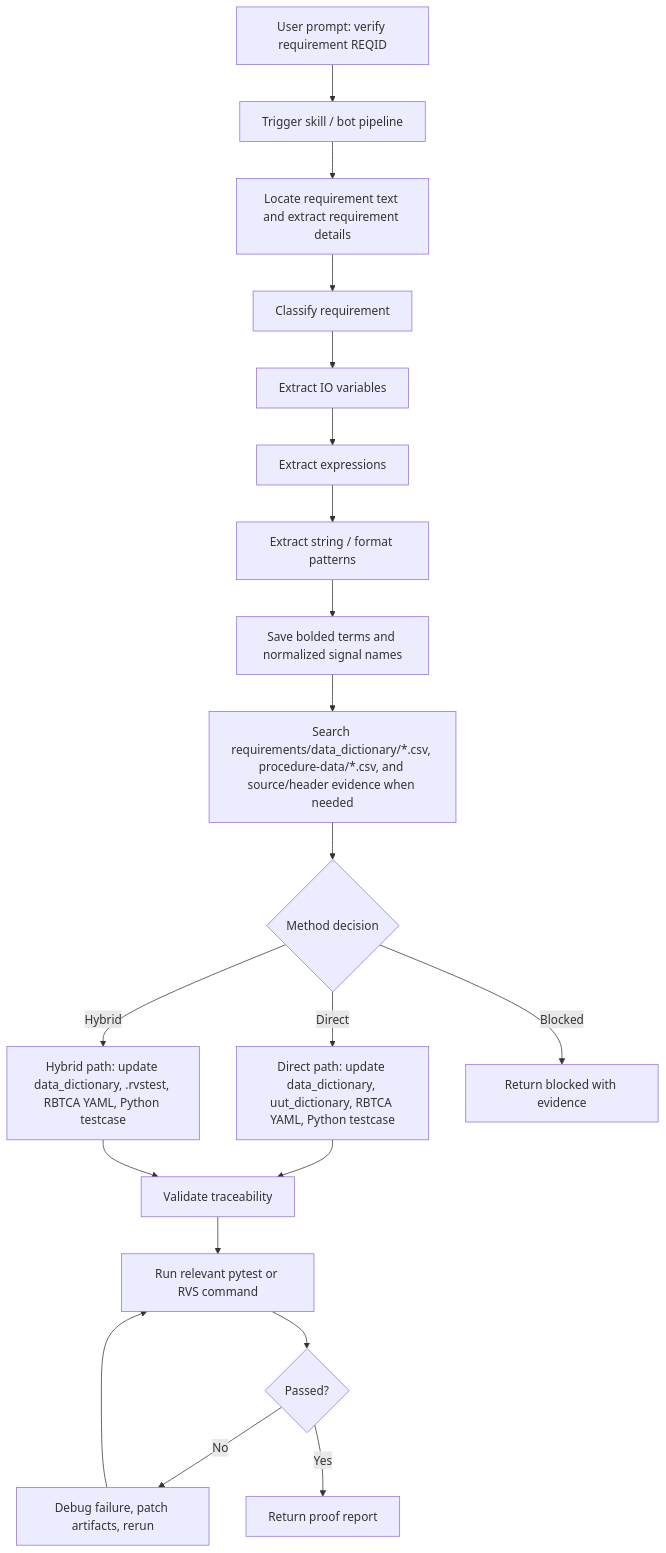
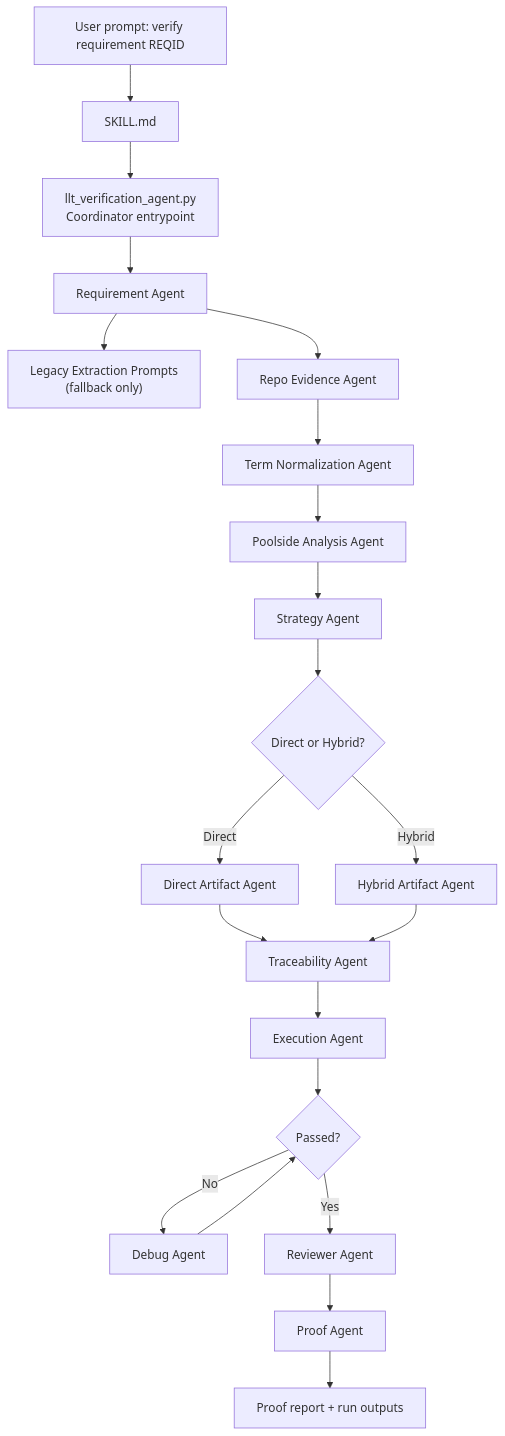
Before and after one commit to gogula04/MultiAgent: the diagram in verification-automation/llt_verification/references/flow.md, drawn with Mermaid. The commit also changed other lines of this file and 83 other files, not shown here.

````diff
--- a/verification-automation/llt_verification/references/flow.md
+++ b/verification-automation/llt_verification/references/flow.md
@@ -20,22 +13,23 @@
 ```mermaid
 flowchart TD
-    A["User prompt: verify requirement REQID"] --> B["Trigger skill / bot pipeline"]
-    B --> C["Locate requirement text and extract requirement details"]
-    C --> D["Classify requirement"]
-    D --> E["Extract IO variables"]
-    E --> F["Extract expressions"]
-    F --> G["Extract string / format patterns"]
-    G --> H["Save bolded terms and normalized signal names"]
-    H --> I["Search requirements/data_dictionary/*.csv, procedure-data/*.csv, and source/header evidence when needed"]
-    I --> J{"Method decision"}
-    J -->|Direct| K["Direct path: update data_dictionary, uut_dictionary, RBTCA YAML, Python testcase"]
-    J -->|Hybrid| L["Hybrid path: update data_dictionary, .rvstest, RBTCA YAML, Python testcase"]
-    J -->|Blocked| M["Return blocked with evidence"]
-    K --> N["Validate traceability"]
-    L --> N
-    N --> O["Run relevant pytest or RVS command"]
-    O --> P{"Passed?"}
-    P -->|No| Q["Debug failure, patch artifacts, rerun"]
-    Q --> O
-    P -->|Yes| R["Return proof report"]
+    U["User prompt: verify requirement REQID"] --> S["SKILL.md"]
+    S --> C["llt_verification_agent.py<br/>Coordinator entrypoint"]
+    C --> R1["Requirement Agent"]
+    R1 --> L["Legacy Extraction Prompts<br/>(fallback only)"]
+    R1 --> R2["Repo Evidence Agent"]
+    R2 --> R3["Term Normalization Agent"]
+    R3 --> R4["Poolside Analysis Agent"]
+    R4 --> R5["Strategy Agent"]
+    R5 --> D{"Direct or Hybrid?"}
+    D -->|Direct| DA["Direct Artifact Agent"]
+    D -->|Hybrid| HA["Hybrid Artifact Agent"]
+    DA --> T["Traceability Agent"]
+    HA --> T
+    T --> E["Execution Agent"]
+    E --> X{"Passed?"}
+    X -->|No| G["Debug Agent"]
+    G --> X
+    X -->|Yes| V["Reviewer Agent"]
+    V --> P["Proof Agent"]
+    P --> O["Proof report + run outputs"]
 ```
````
